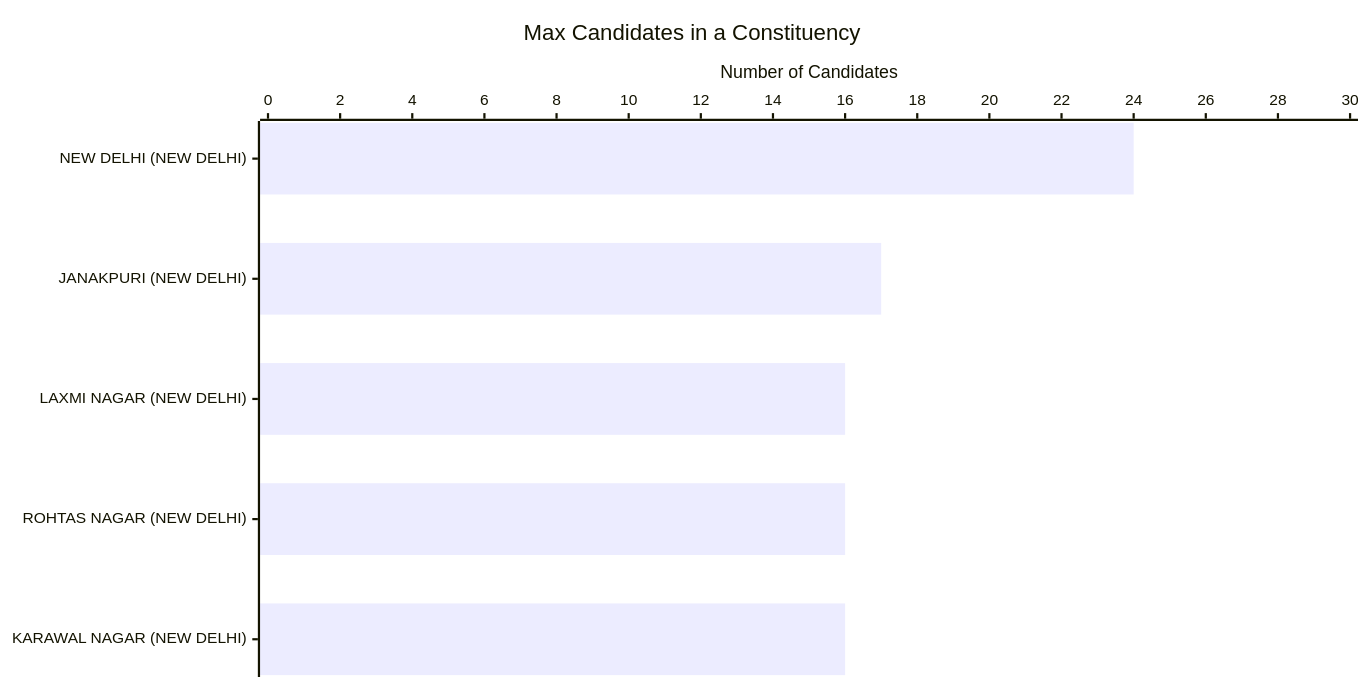
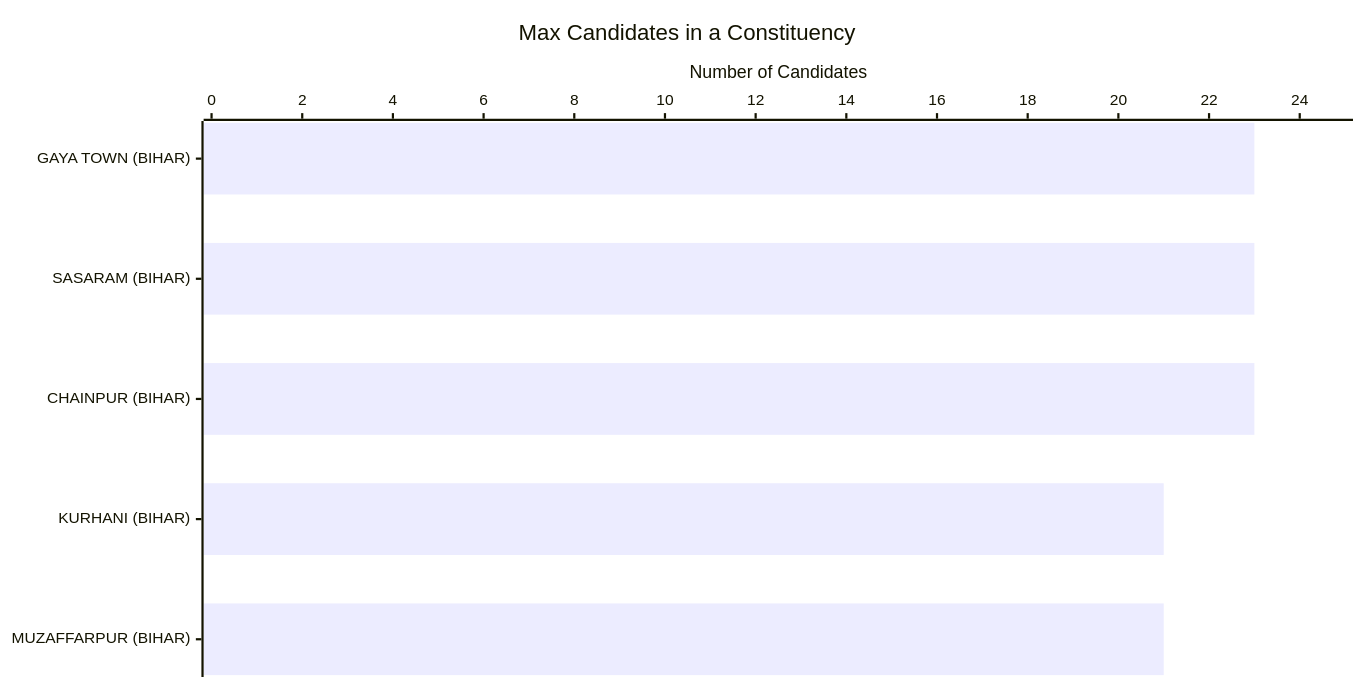
One commit to arjunswaj/elections changed the ninth of 23 diagrams in BIHAR-GRAPH.md. Above: the diagram before and after it, drawn with Mermaid. The commit also changed other lines of this file and 3 other files, not shown here.

````diff
--- a/BIHAR-GRAPH.md
+++ b/BIHAR-GRAPH.md
@@ -206,17 +206,17 @@
 ```mermaid
 ---
 config:
     xyChart:
         width: 1200
         height: 600
         chartOrientation: horizontal
         dataLabels:
             enabled: true
             placement: end
 ---
 xychart-beta
     title "Max Candidates in a Constituency"
-    x-axis ["NEW DELHI (NEW DELHI)", "JANAKPURI (NEW DELHI)", "LAXMI NAGAR (NEW DELHI)", "ROHTAS NAGAR (NEW DELHI)", "KARAWAL NAGAR (NEW DELHI)"]
-    y-axis "Number of Candidates" 0 --> 30
-    bar [24, 17, 16, 16, 16]
+    x-axis ["GAYA TOWN (BIHAR)", "SASARAM (BIHAR)", "CHAINPUR (BIHAR)", "KURHANI (BIHAR)", "MUZAFFARPUR (BIHAR)"]
+    y-axis "Number of Candidates" 0 --> 25
+    bar [23, 23, 23, 21, 21]
 ```
````
